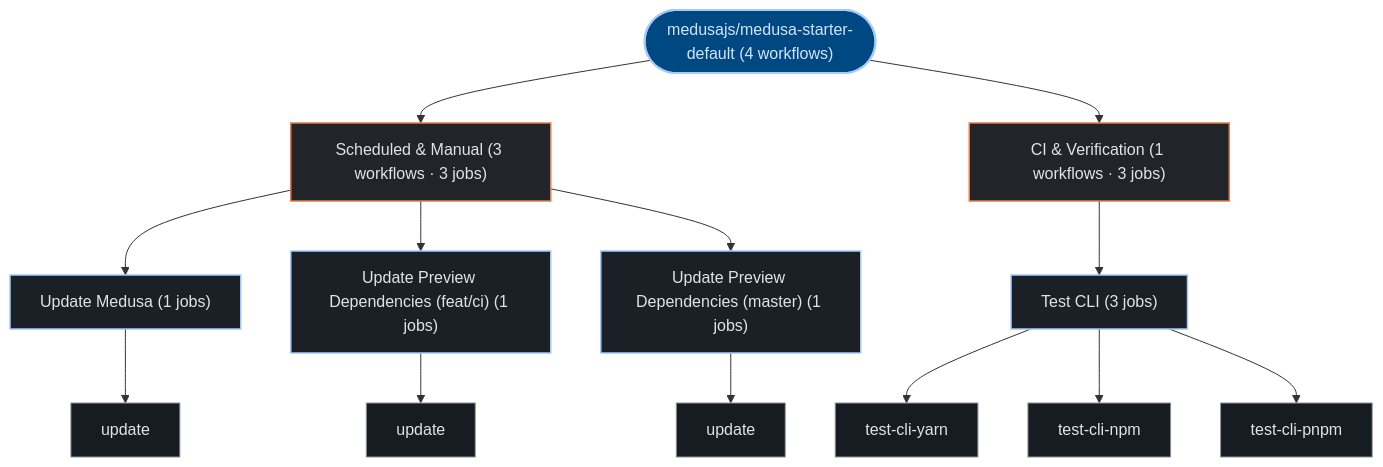
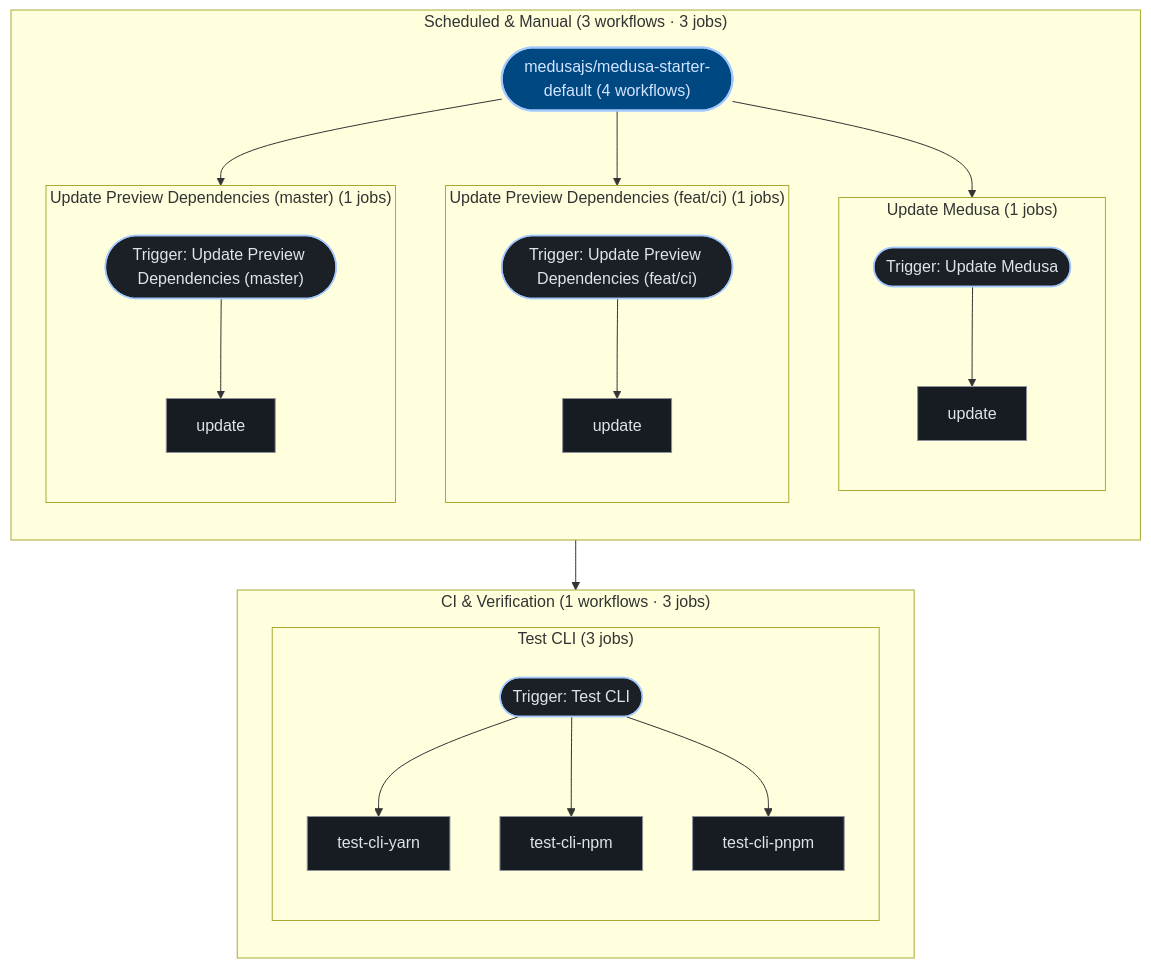
One commit to kumarshaz/atruss-code-atlas changed the second of 2 diagrams in exports/latest/reports/medusajs-medusa-starter-default-report.md. Above: the diagram before and after it, drawn with Mermaid. The commit also changed 181 other files, not shown here.

````diff
--- a/exports/latest/reports/medusajs-medusa-starter-default-report.md
+++ b/exports/latest/reports/medusajs-medusa-starter-default-report.md
@@ -107,35 +107,49 @@
 ```mermaid
 graph TD;
   classDef atlasRoot fill:#004882,stroke:#a3c9ff,stroke-width:2px,color:#d3e4ff
   classDef atlasCategory fill:#212428,stroke:#E87A48,stroke-width:1.5px,color:#dfe3eb
   classDef atlasWorkflow fill:#1b2026,stroke:#a3c9ff,stroke-width:1.5px,color:#dfe3eb
   classDef atlasJob fill:#171c22,stroke:#8d9199,stroke-width:1px,color:#dfe3eb
   classDef atlasTarget fill:#005227,stroke:#8bd99b,stroke-width:1.5px,color:#a7f6b6
   classDef atlasAlert fill:#93000a,stroke:#ffb4ab,stroke-width:1.5px,color:#ffdad6
   classDef atlasMore fill:#252a31,stroke:#8d9199,stroke-dasharray:4 4,color:#c3c6cf
   pipeline_root(["medusajs/medusa-starter-default (4 workflows)"]):::atlasRoot
-  grp_0_Scheduled___Manual["Scheduled & Manual (3 workflows · 3 jobs)"]:::atlasCategory
-  pipeline_root --> grp_0_Scheduled___Manual
-  wf_1_Update_Medusa["Update Medusa (1 jobs)"]:::atlasWorkflow
-  grp_0_Scheduled___Manual --> wf_1_Update_Medusa
-  job_1_update["update"]:::atlasJob
-  wf_1_Update_Medusa --> job_1_update
-  wf_2_Update_Preview_Dependencies__feat_ci_["Update Preview Dependencies (feat/ci) (1 jobs)"]:::atlasWorkflow
-  grp_0_Scheduled___Manual --> wf_2_Update_Preview_Dependencies__feat_ci_
-  job_2_update["update"]:::atlasJob
-  wf_2_Update_Preview_Dependencies__feat_ci_ --> job_2_update
-  wf_3_Update_Preview_Dependencies__master_["Update Preview Dependencies (master) (1 jobs)"]:::atlasWorkflow
-  grp_0_Scheduled___Manual --> wf_3_Update_Preview_Dependencies__master_
-  job_3_update["update"]:::atlasJob
-  wf_3_Update_Preview_Dependencies__master_ --> job_3_update
-  grp_1_CI___Verification["CI & Verification (1 workflows · 3 jobs)"]:::atlasCategory
-  pipeline_root --> grp_1_CI___Verification
-  wf_0_Test_CLI["Test CLI (3 jobs)"]:::atlasWorkflow
-  grp_1_CI___Verification --> wf_0_Test_CLI
-  job_0_test_cli_yarn["test-cli-yarn"]:::atlasJob
-  job_0_test_cli_npm["test-cli-npm"]:::atlasJob
-  job_0_test_cli_pnpm["test-cli-pnpm"]:::atlasJob
-  wf_0_Test_CLI --> job_0_test_cli_yarn
-  wf_0_Test_CLI --> job_0_test_cli_npm
-  wf_0_Test_CLI --> job_0_test_cli_pnpm
+  subgraph sg_grp_0_Scheduled___Manual["Scheduled & Manual (3 workflows · 3 jobs)"]
+    direction TB
+    subgraph sg_wf_1_Update_Medusa["Update Medusa (1 jobs)"]
+      direction TB
+      wf_1_Update_Medusa(["Trigger: Update Medusa"]):::atlasWorkflow
+      job_1_update["update"]:::atlasJob
+      wf_1_Update_Medusa --> job_1_update
+    end
+    pipeline_root --> wf_1_Update_Medusa
+    subgraph sg_wf_2_Update_Preview_Dependencies__feat_ci_["Update Preview Dependencies (feat/ci) (1 jobs)"]
+      direction TB
+      wf_2_Update_Preview_Dependencies__feat_ci_(["Trigger: Update Preview Dependencies (feat/ci)"]):::atlasWorkflow
+      job_2_update["update"]:::atlasJob
+      wf_2_Update_Preview_Dependencies__feat_ci_ --> job_2_update
+    end
+    pipeline_root --> wf_2_Update_Preview_Dependencies__feat_ci_
+    subgraph sg_wf_3_Update_Preview_Dependencies__master_["Update Preview Dependencies (master) (1 jobs)"]
+      direction TB
+      wf_3_Update_Preview_Dependencies__master_(["Trigger: Update Preview Dependencies (master)"]):::atlasWorkflow
+      job_3_update["update"]:::atlasJob
+      wf_3_Update_Preview_Dependencies__master_ --> job_3_update
+    end
+    pipeline_root --> wf_3_Update_Preview_Dependencies__master_
+  end
+  subgraph sg_grp_1_CI___Verification["CI & Verification (1 workflows · 3 jobs)"]
+    direction TB
+    subgraph sg_wf_0_Test_CLI["Test CLI (3 jobs)"]
+      direction TB
+      wf_0_Test_CLI(["Trigger: Test CLI"]):::atlasWorkflow
+      job_0_test_cli_yarn["test-cli-yarn"]:::atlasJob
+      job_0_test_cli_npm["test-cli-npm"]:::atlasJob
+      job_0_test_cli_pnpm["test-cli-pnpm"]:::atlasJob
+      wf_0_Test_CLI --> job_0_test_cli_yarn
+      wf_0_Test_CLI --> job_0_test_cli_npm
+      wf_0_Test_CLI --> job_0_test_cli_pnpm
+    end
+    pipeline_root --> wf_0_Test_CLI
+  end
 ```
````
